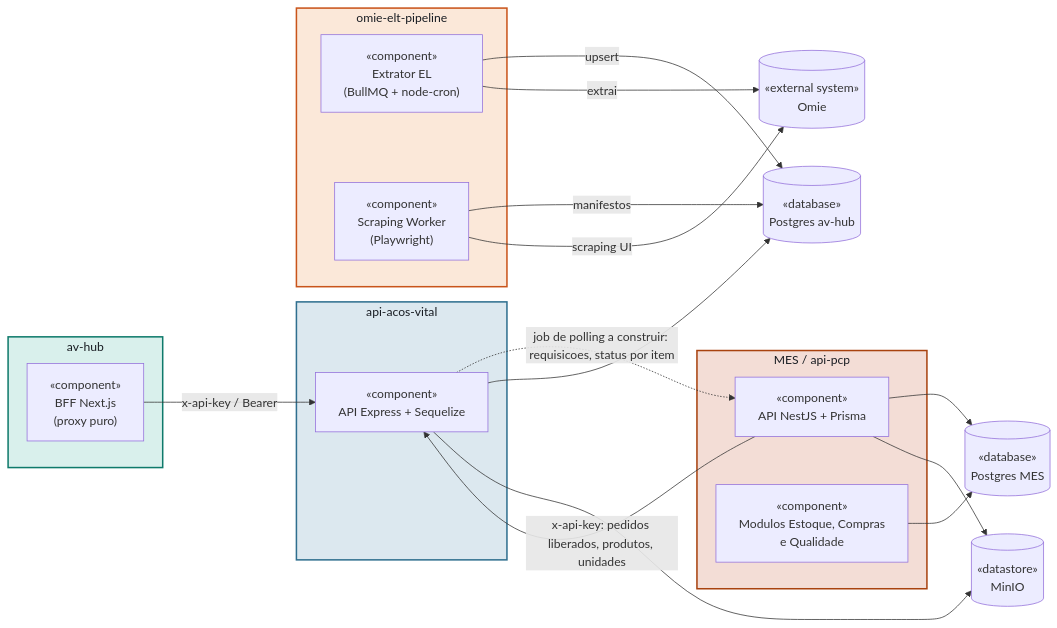
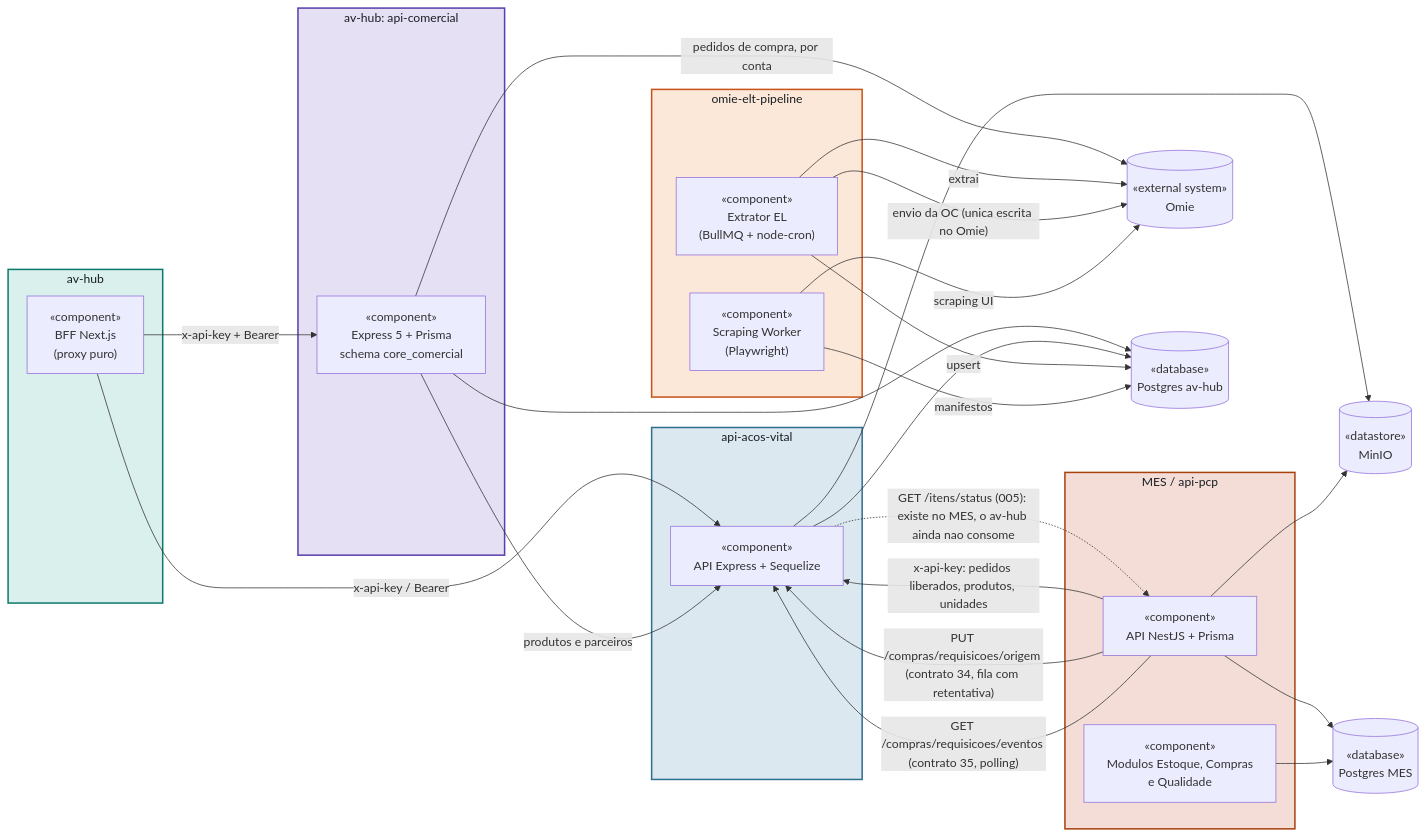
One commit to Acosvital/vault-avhub-mer changed diagram 15 of 31 in 04-Arquitetura-Transversal/Diagramas-UML.md. Above: the diagram before and after it, drawn with Mermaid. The commit also changed other lines of this file and 1 other file, not shown here.

First line of the commit message:
docs(vault): UML e cronograma atualizados contra o codigo (08/10)

````diff
--- a/04-Arquitetura-Transversal/Diagramas-UML.md
+++ b/04-Arquitetura-Transversal/Diagramas-UML.md
@@ -933,39 +935,50 @@
 ```mermaid
 flowchart LR
     subgraph SYS_AVHUB[av-hub]
         BFF["«component»<br/>BFF Next.js<br/>(proxy puro)"]
     end
     subgraph SYS_API[api-acos-vital]
         API["«component»<br/>API Express + Sequelize"]
     end
     subgraph SYS_MES[MES / api-pcp]
         MESAPI["«component»<br/>API NestJS + Prisma"]
         ESTOQUEMOD["«component»<br/>Modulos Estoque, Compras<br/>e Qualidade"]
     end
+    subgraph SYS_COM[av-hub: api-comercial]
+        COMAPI["«component»<br/>Express 5 + Prisma<br/>schema core_comercial"]
+    end
     subgraph SYS_ELT[omie-elt-pipeline]
         ELT["«component»<br/>Extrator EL<br/>(BullMQ + node-cron)"]
         SCRAPER["«component»<br/>Scraping Worker<br/>(Playwright)"]
     end
     OMIE[("«external system»<br/>Omie")]
     PGAVHUB[("«database»<br/>Postgres av-hub")]
     PGMES[("«database»<br/>Postgres MES")]
     MINIO[("«datastore»<br/>MinIO")]
 
     BFF -->|x-api-key / Bearer| API
     MESAPI -->|"x-api-key: pedidos liberados, produtos, unidades"| API
-    API -.->|"job de polling a construir: requisicoes, status por item"| MESAPI
+    MESAPI -->|"PUT /compras/requisicoes/origem (contrato 34, fila com retentativa)"| API
+    MESAPI -->|"GET /compras/requisicoes/eventos (contrato 35, polling)"| API
+    API -.->|"GET /itens/status (005): existe no MES, o av-hub ainda nao consome"| MESAPI
+    BFF -->|"x-api-key + Bearer"| COMAPI
+    COMAPI -->|"produtos e parceiros"| API
+    COMAPI --> PGAVHUB
+    COMAPI -->|"pedidos de compra, por conta"| OMIE
     API --> PGAVHUB
     MESAPI --> PGMES
     ESTOQUEMOD --> PGMES
     ELT -->|upsert| PGAVHUB
     SCRAPER -->|manifestos| PGAVHUB
     ELT -->|extrai| OMIE
+    ELT -->|"envio da OC (unica escrita no Omie)"| OMIE
     SCRAPER -->|scraping UI| OMIE
     API --> MINIO
     MESAPI --> MINIO
 
     style SYS_AVHUB fill:#d9f0ec,stroke:#0f7a6b,stroke-width:2px,color:#181c22
     style SYS_API fill:#dce8ef,stroke:#2f6f8f,stroke-width:2px,color:#181c22
     style SYS_MES fill:#f3ddd6,stroke:#a8420f,stroke-width:2px,color:#181c22
+    style SYS_COM fill:#e6e0f5,stroke:#5b3fae,stroke-width:2px,color:#181c22
     style SYS_ELT fill:#fbe8d9,stroke:#c9541a,stroke-width:2px,color:#181c22
 ```
````
